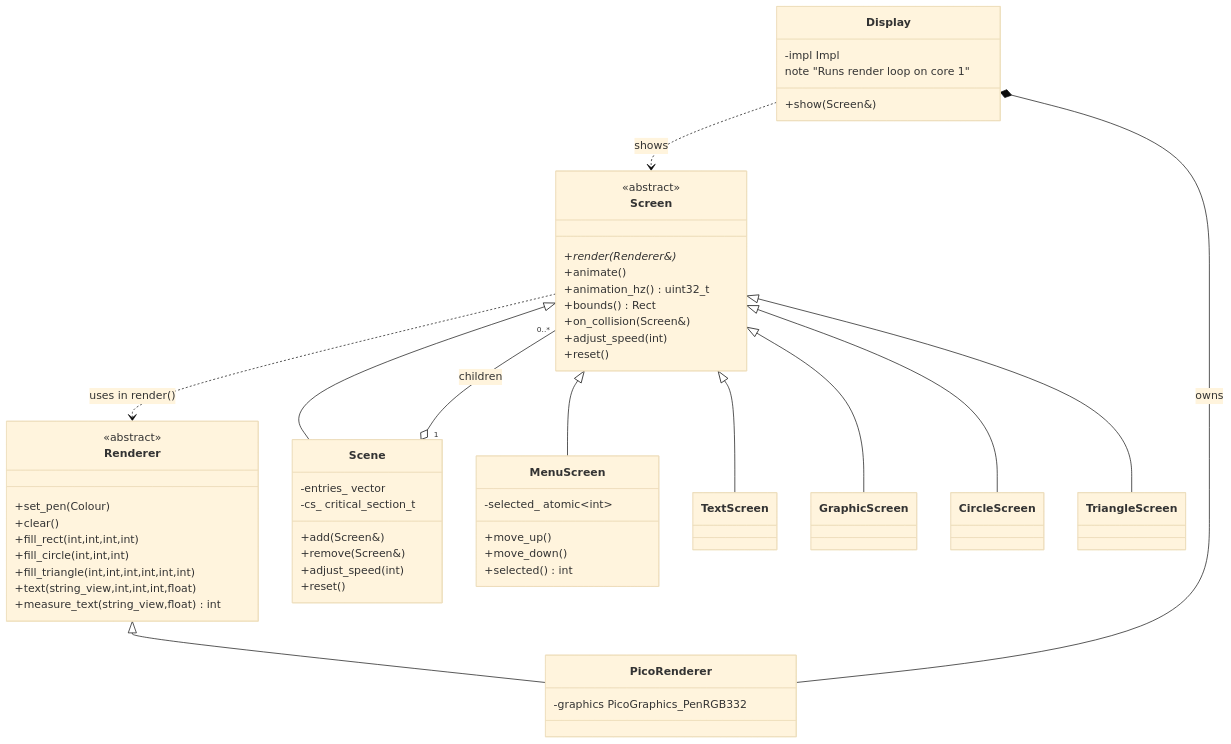
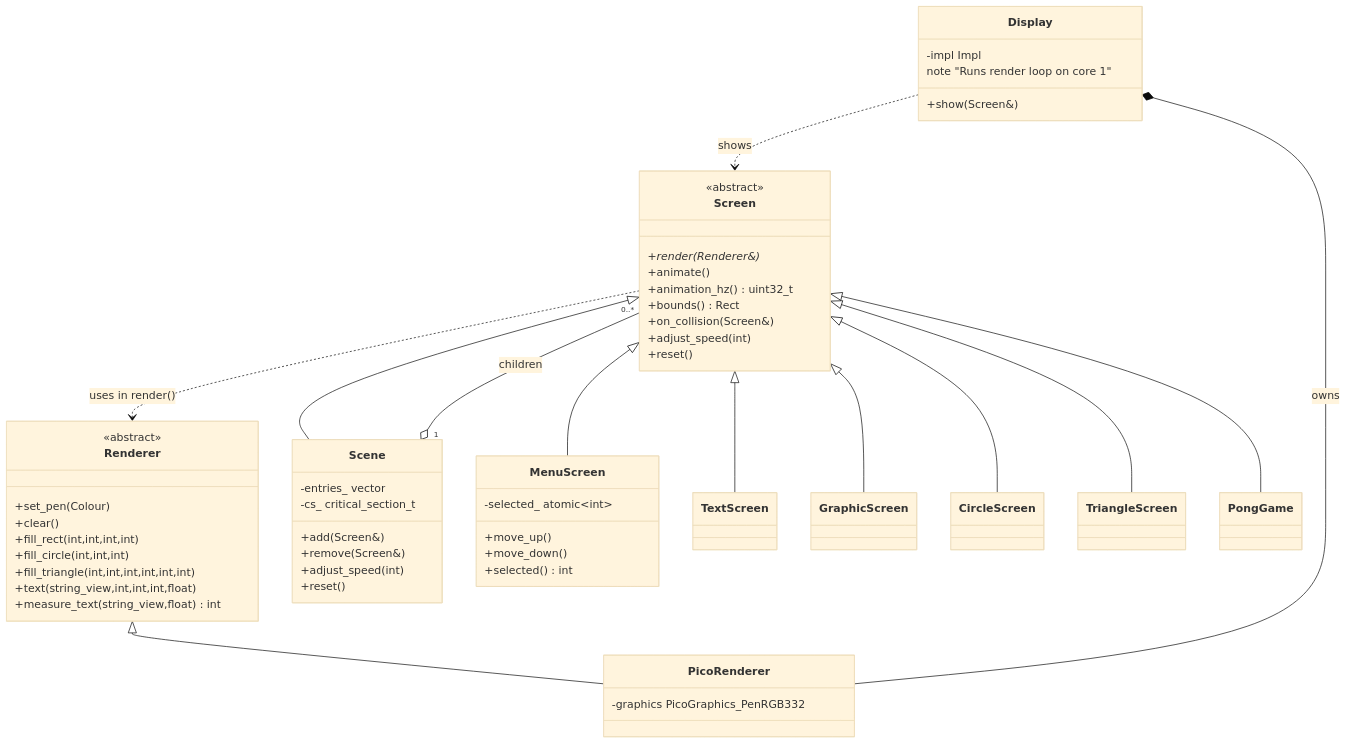
Before and after one commit to ptheta/pico_pico_explorer: the diagram in README.md, drawn with Mermaid (base theme). The commit also changed other lines of this file, not shown here.

Commit message:
Update README: add Pong, buzzer, correct hold time to 5s

````diff
--- a/README.md
+++ b/README.md
@@ -36,71 +54,73 @@
 ```mermaid
 classDiagram
     class Screen {
         <<abstract>>
         +render(Renderer&)*
         +animate()
         +animation_hz() uint32_t
         +bounds() Rect
         +on_collision(Screen&)
         +adjust_speed(int)
         +reset()
     }
 
     class Renderer {
         <<abstract>>
         +set_pen(Colour)
         +clear()
         +fill_rect(int,int,int,int)
         +fill_circle(int,int,int)
         +fill_triangle(int,int,int,int,int,int)
         +text(string_view,int,int,int,float)
         +measure_text(string_view,float) int
     }
 
     class PicoRenderer {
         -graphics PicoGraphics_PenRGB332
     }
 
     class Display {
         +show(Screen&)
         -impl Impl
         note "Runs render loop on core 1"
     }
 
     class Scene {
         +add(Screen&)
         +remove(Screen&)
         +adjust_speed(int)
         +reset()
         -entries_ vector
         -cs_ critical_section_t
     }
 
     class MenuScreen {
         +move_up()
         +move_down()
         +selected() int
         -selected_ atomic~int~
     }
 
     class TextScreen
     class GraphicScreen
     class CircleScreen
     class TriangleScreen
+    class PongGame
 
     Screen <|-- Scene
     Screen <|-- TextScreen
     Screen <|-- GraphicScreen
     Screen <|-- CircleScreen
     Screen <|-- TriangleScreen
     Screen <|-- MenuScreen
+    Screen <|-- PongGame
 
     Renderer <|-- PicoRenderer
 
     Scene "1" o-- "0..*" Screen : children
 
     Display *-- PicoRenderer : owns
     Display ..> Screen : shows
 
     Screen ..> Renderer : uses in render()
 ```
````
